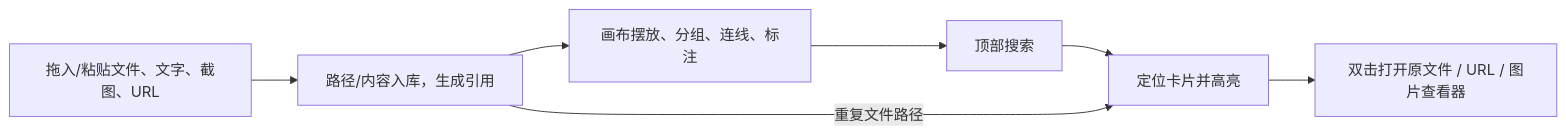
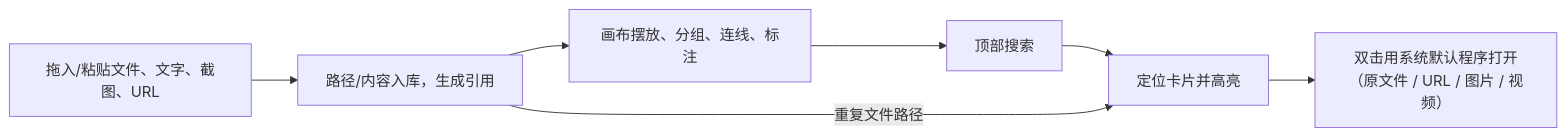
One commit to ht-sauce/ploceusTidy changed the first of 2 diagrams in docs/spec/00-overview.md. Above: the diagram before and after it, drawn with Mermaid. The commit also changed other lines of this file and 25 other files, not shown here.

First line of the commit message:
perf: 优化场景序列化、超大选择集与迷你地图性能

````diff
--- a/docs/spec/00-overview.md
+++ b/docs/spec/00-overview.md
@@ -18,9 +18,9 @@
 ```mermaid
 flowchart LR
     A[拖入/粘贴文件、文字、截图、URL] --> B[路径/内容入库，生成引用]
     B --> C[画布摆放、分组、连线、标注]
     C --> D[顶部搜索]
     D --> E[定位卡片并高亮]
-    E --> F[双击打开原文件 / URL / 图片查看器]
+    E --> F[双击用系统默认程序打开（原文件 / URL / 图片 / 视频）]
     B -->|重复文件路径| E
 ```
````
